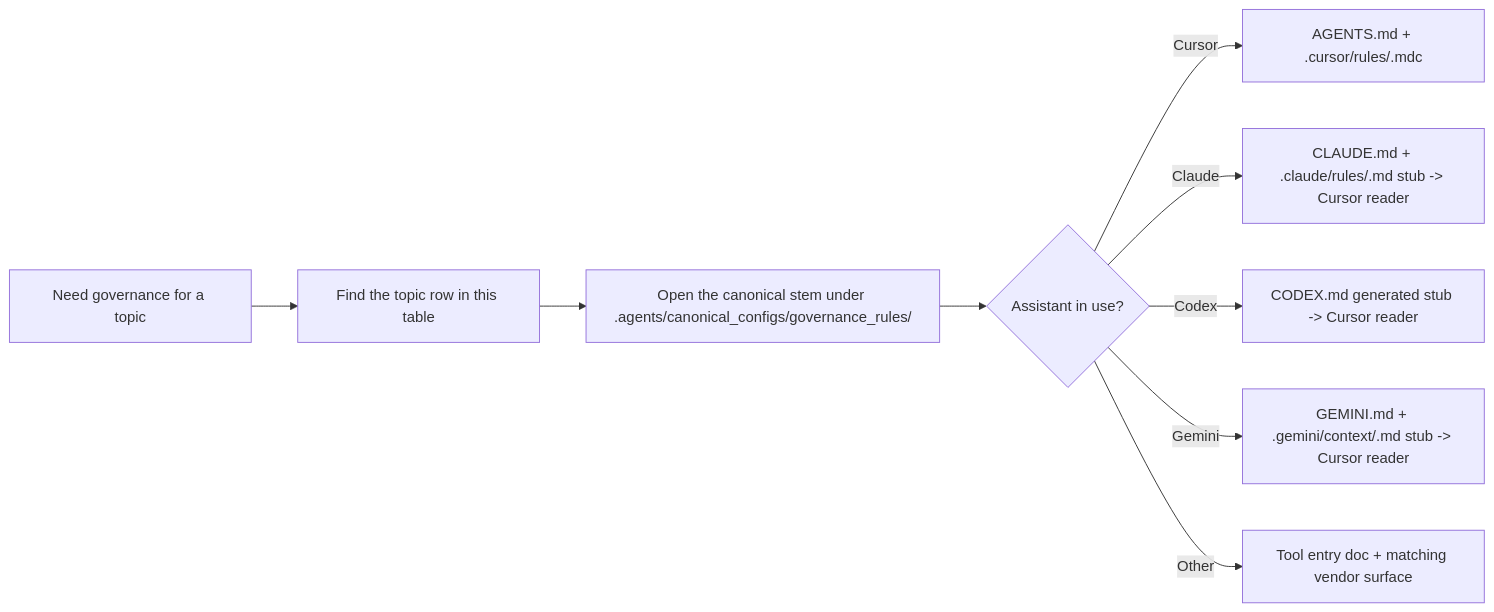
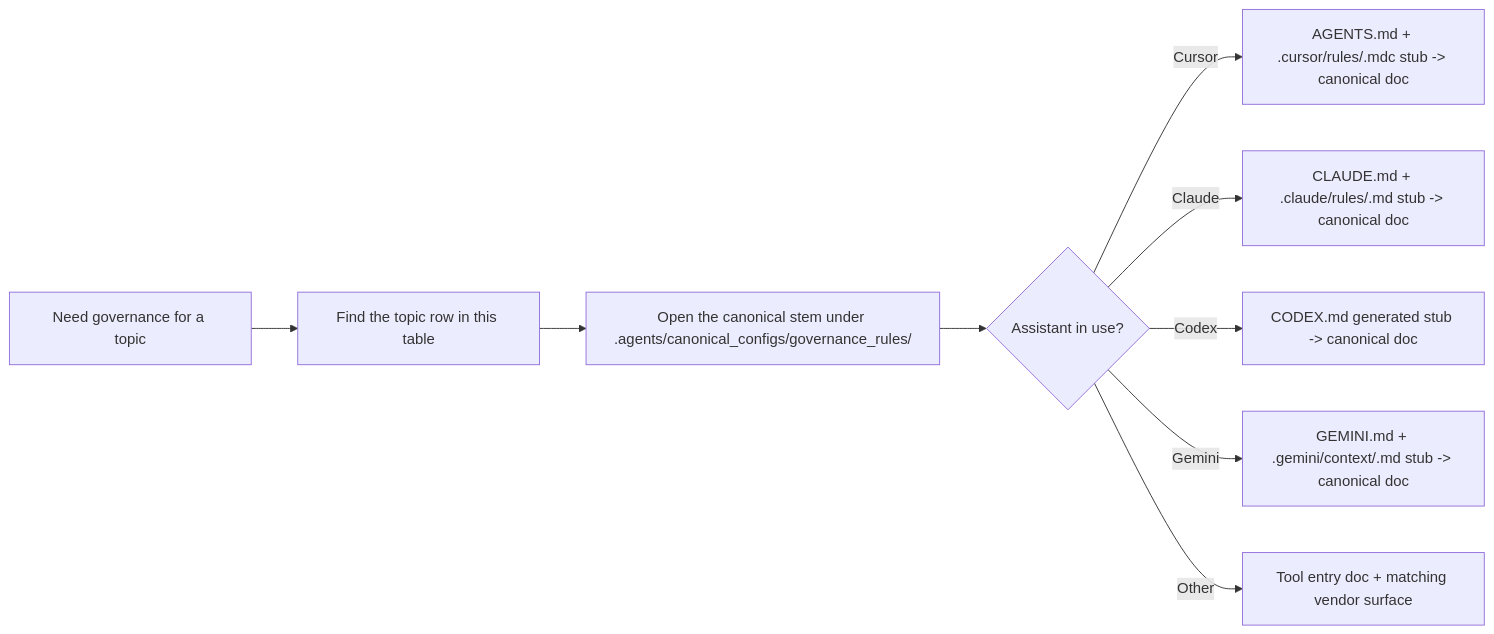
One commit to ARUP-CAS/aiscr-webamcr changed the diagram in .agents/canonical_configs/references/governance_by_tool.md. Above: the diagram before and after it, drawn with Mermaid. The commit also changed other lines of this file and 217 other files, not shown here.

````diff
--- a/.agents/canonical_configs/references/governance_by_tool.md
+++ b/.agents/canonical_configs/references/governance_by_tool.md
@@ -9,11 +9,11 @@
 ```mermaid
 flowchart LR
   topic["Need governance for a topic"] --> table["Find the topic row in this table"]
   table --> stem["Open the canonical stem under .agents/canonical_configs/governance_rules/"]
   stem --> assistant{"Assistant in use?"}
-  assistant -->|Cursor| cursor["AGENTS.md + .cursor/rules/<stem>.mdc"]
-  assistant -->|Claude| claude["CLAUDE.md + .claude/rules/<stem>.md stub -> Cursor reader"]
-  assistant -->|Codex| codex["CODEX.md generated stub -> Cursor reader"]
-  assistant -->|Gemini| gemini["GEMINI.md + .gemini/context/<stem>.md stub -> Cursor reader"]
+  assistant -->|Cursor| cursor["AGENTS.md + .cursor/rules/<stem>.mdc stub -> canonical doc"]
+  assistant -->|Claude| claude["CLAUDE.md + .claude/rules/<stem>.md stub -> canonical doc"]
+  assistant -->|Codex| codex["CODEX.md generated stub -> canonical doc"]
+  assistant -->|Gemini| gemini["GEMINI.md + .gemini/context/<stem>.md stub -> canonical doc"]
   assistant -->|Other| other["Tool entry doc + matching vendor surface"]
 ```
````
